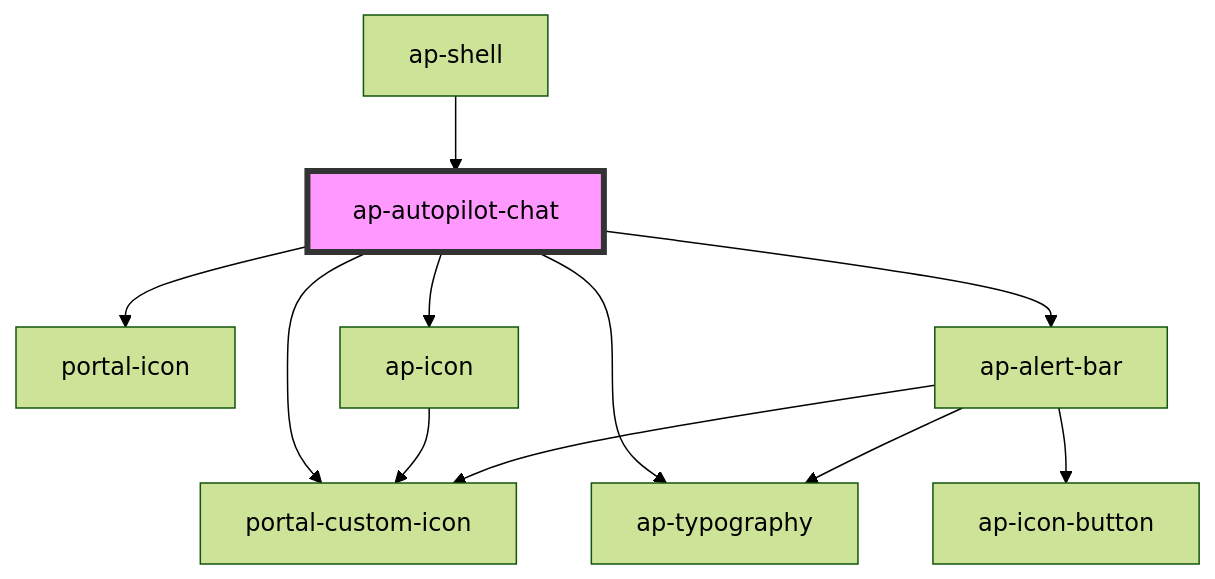
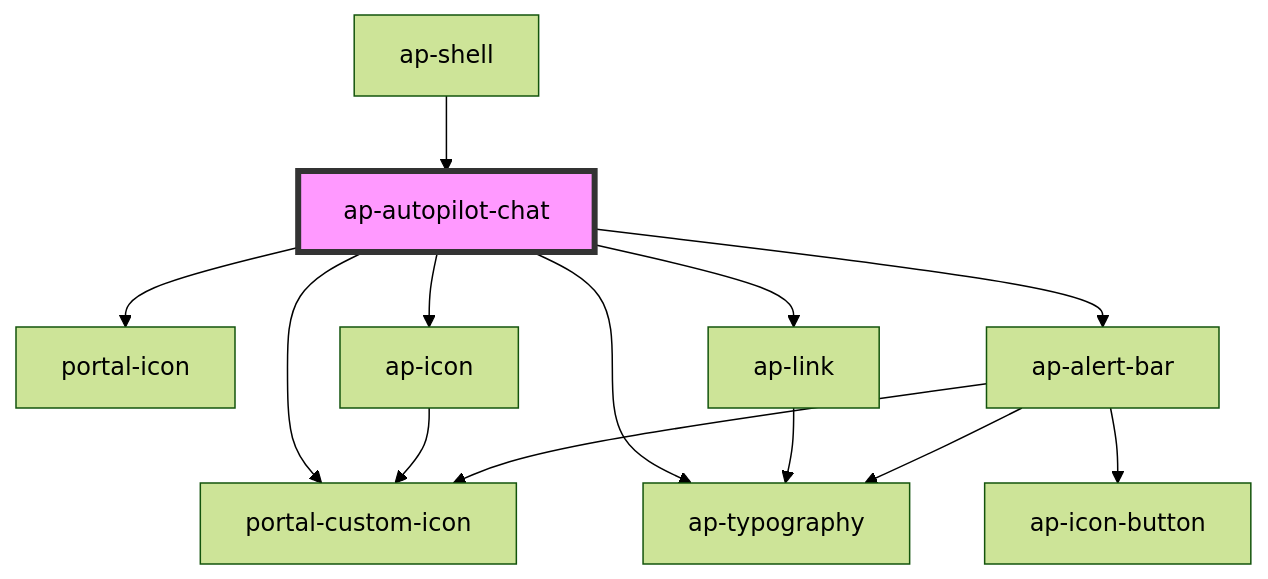
The diagram in packages/apollo-react/src/material/components/ap-chat/readme.md (UiPath/apollo-ui), drawn with Mermaid (forest theme) before and after one commit. The commit also changed other lines of this file and 3 other files, not shown here.

````diff
--- a/packages/apollo-react/src/material/components/ap-chat/readme.md
+++ b/packages/apollo-react/src/material/components/ap-chat/readme.md
@@ -23,14 +24,16 @@
 ```mermaid
 graph TD;
   ap-autopilot-chat --> portal-icon
   ap-autopilot-chat --> ap-icon
   ap-autopilot-chat --> ap-typography
+  ap-autopilot-chat --> ap-link
   ap-autopilot-chat --> ap-alert-bar
   ap-autopilot-chat --> portal-custom-icon
   ap-icon --> portal-custom-icon
+  ap-link --> ap-typography
   ap-alert-bar --> portal-custom-icon
   ap-alert-bar --> ap-typography
   ap-alert-bar --> ap-icon-button
   ap-shell --> ap-autopilot-chat
   style ap-autopilot-chat fill:#f9f,stroke:#333,stroke-width:4px
 ```
````
